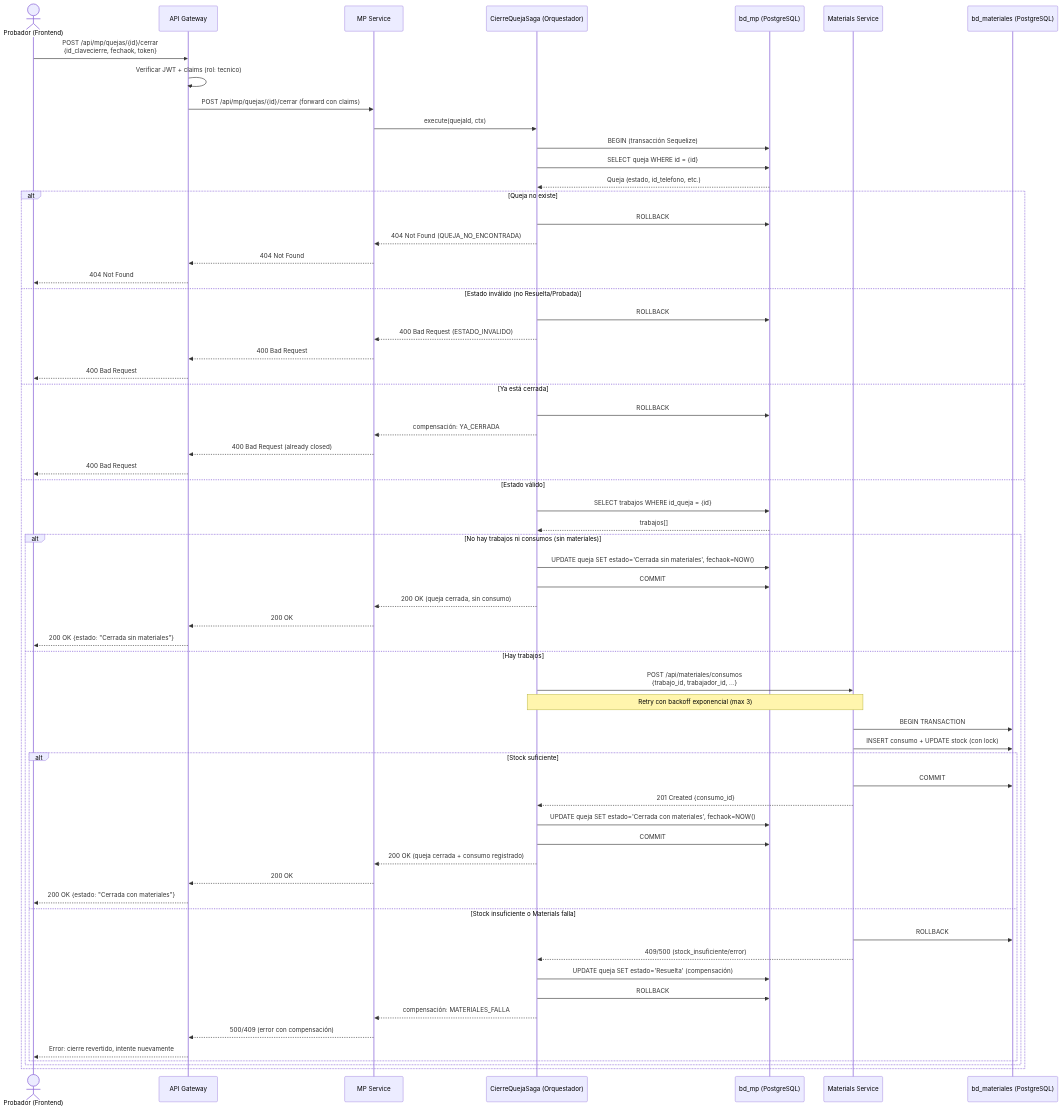
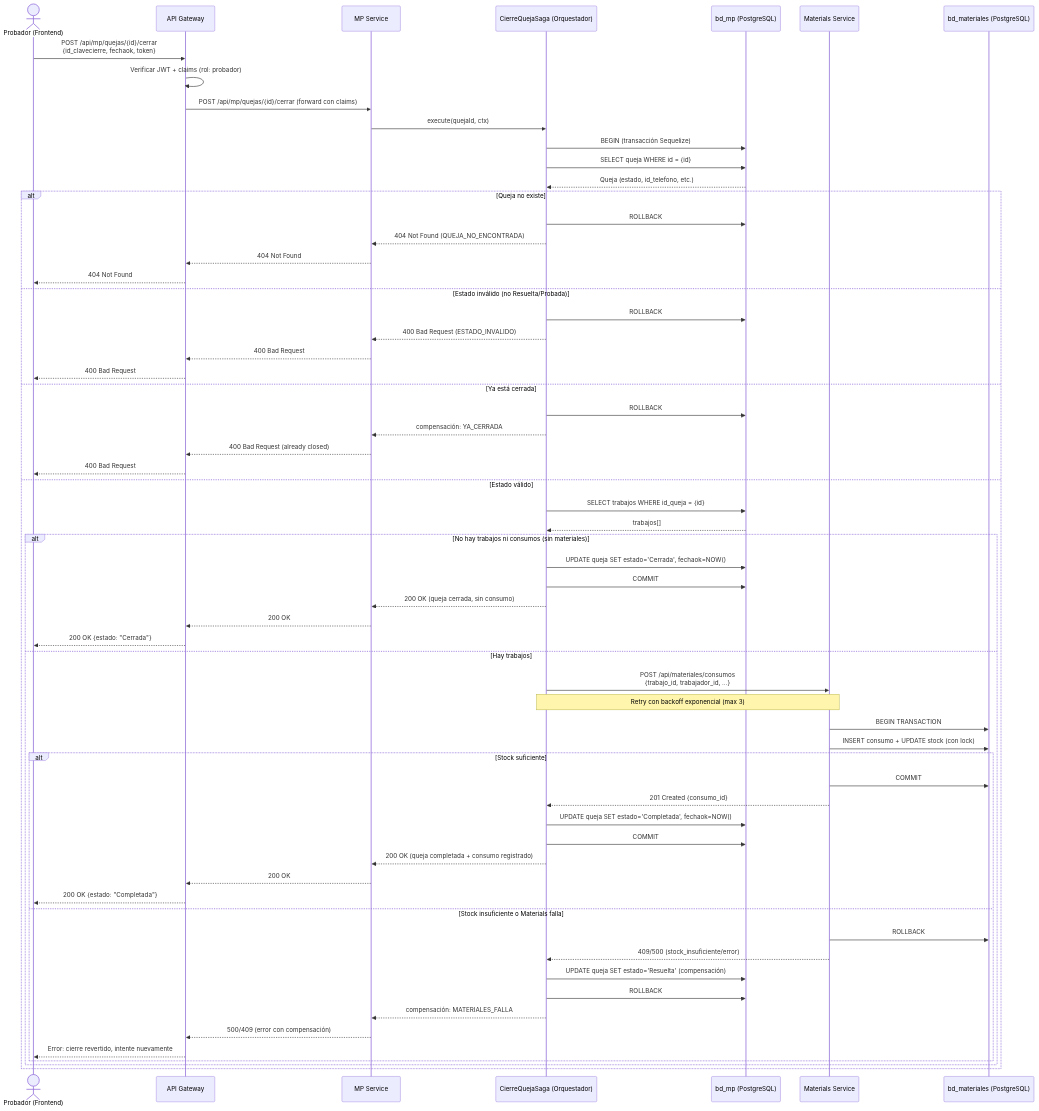
Before and after one commit to ybotet/SISGAD5_1.0: the sixth of 7 diagrams in docs/diagrams/sequence_diagrams/sequence_diagrams.md, drawn with Mermaid. The commit also changed other lines of this file, not shown here.

Commit message:
docs(diagrams): v2.3 secuencia — sin Operador (Probador crea queja), prueba antes de asignación, operario se asigna a la QUEJA (no al trabajo), estados Cerrada→Completada

````diff
--- a/docs/diagrams/sequence_diagrams/sequence_diagrams.md
+++ b/docs/diagrams/sequence_diagrams/sequence_diagrams.md
@@ -368,68 +361,68 @@
 ```mermaid
 sequenceDiagram
     actor PRb as Probador (Frontend)
     participant GW as API Gateway
     participant MPS as MP Service
     participant SAGA as CierreQuejaSaga (Orquestador)
     participant MPDB as bd_mp (PostgreSQL)
     participant MS as Materials Service
     participant MADB as bd_materiales (PostgreSQL)
 
     PRb->>GW: POST /api/mp/quejas/{id}/cerrar<br/>{id_clavecierre, fechaok, token}
-    GW->>GW: Verificar JWT + claims (rol: tecnico)
+    GW->>GW: Verificar JWT + claims (rol: probador)
     GW->>MPS: POST /api/mp/quejas/{id}/cerrar (forward con claims)
     MPS->>SAGA: execute(quejaId, ctx)
 
     SAGA->>MPDB: BEGIN (transacción Sequelize)
     SAGA->>MPDB: SELECT queja WHERE id = {id}
     MPDB-->>SAGA: Queja (estado, id_telefono, etc.)
 
     alt Queja no existe
         SAGA->>MPDB: ROLLBACK
         SAGA-->>MPS: 404 Not Found (QUEJA_NO_ENCONTRADA)
         MPS-->>GW: 404 Not Found
         GW-->>PRb: 404 Not Found
     else Estado inválido (no Resuelta/Probada)
         SAGA->>MPDB: ROLLBACK
         SAGA-->>MPS: 400 Bad Request (ESTADO_INVALIDO)
         MPS-->>GW: 400 Bad Request
         GW-->>PRb: 400 Bad Request
     else Ya está cerrada
         SAGA->>MPDB: ROLLBACK
         SAGA-->>MPS: compensación: YA_CERRADA
         MPS-->>GW: 400 Bad Request (already closed)
         GW-->>PRb: 400 Bad Request
     else Estado válido
         SAGA->>MPDB: SELECT trabajos WHERE id_queja = {id}
         MPDB-->>SAGA: trabajos[]
         alt No hay trabajos ni consumos (sin materiales)
-            SAGA->>MPDB: UPDATE queja SET estado='Cerrada sin materiales', fechaok=NOW()
+            SAGA->>MPDB: UPDATE queja SET estado='Cerrada', fechaok=NOW()
             SAGA->>MPDB: COMMIT
             SAGA-->>MPS: 200 OK (queja cerrada, sin consumo)
             MPS-->>GW: 200 OK
-            GW-->>PRb: 200 OK {estado: "Cerrada sin materiales"}
+            GW-->>PRb: 200 OK {estado: "Cerrada"}
         else Hay trabajos
             SAGA->>MS: POST /api/materiales/consumos<br/>{trabajo_id, trabajador_id, ...}
             Note over SAGA,MS: Retry con backoff exponencial (max 3)
             MS->>MADB: BEGIN TRANSACTION
             MS->>MADB: INSERT consumo + UPDATE stock (con lock)
             alt Stock suficiente
                 MS->>MADB: COMMIT
                 MS-->>SAGA: 201 Created {consumo_id}
-                SAGA->>MPDB: UPDATE queja SET estado='Cerrada con materiales', fechaok=NOW()
+                SAGA->>MPDB: UPDATE queja SET estado='Completada', fechaok=NOW()
                 SAGA->>MPDB: COMMIT
-                SAGA-->>MPS: 200 OK (queja cerrada + consumo registrado)
+                SAGA-->>MPS: 200 OK (queja completada + consumo registrado)
                 MPS-->>GW: 200 OK
-                GW-->>PRb: 200 OK {estado: "Cerrada con materiales"}
+                GW-->>PRb: 200 OK {estado: "Completada"}
             else Stock insuficiente o Materials falla
                 MS->>MADB: ROLLBACK
                 MS-->>SAGA: 409/500 (stock_insuficiente/error)
                 SAGA->>MPDB: UPDATE queja SET estado='Resuelta' (compensación)
                 SAGA->>MPDB: ROLLBACK
                 SAGA-->>MPS: compensación: MATERIALES_FALLA
                 MPS-->>GW: 500/409 (error con compensación)
                 GW-->>PRb: Error: cierre revertido, intente nuevamente
             end
         end
     end
 ```
````
